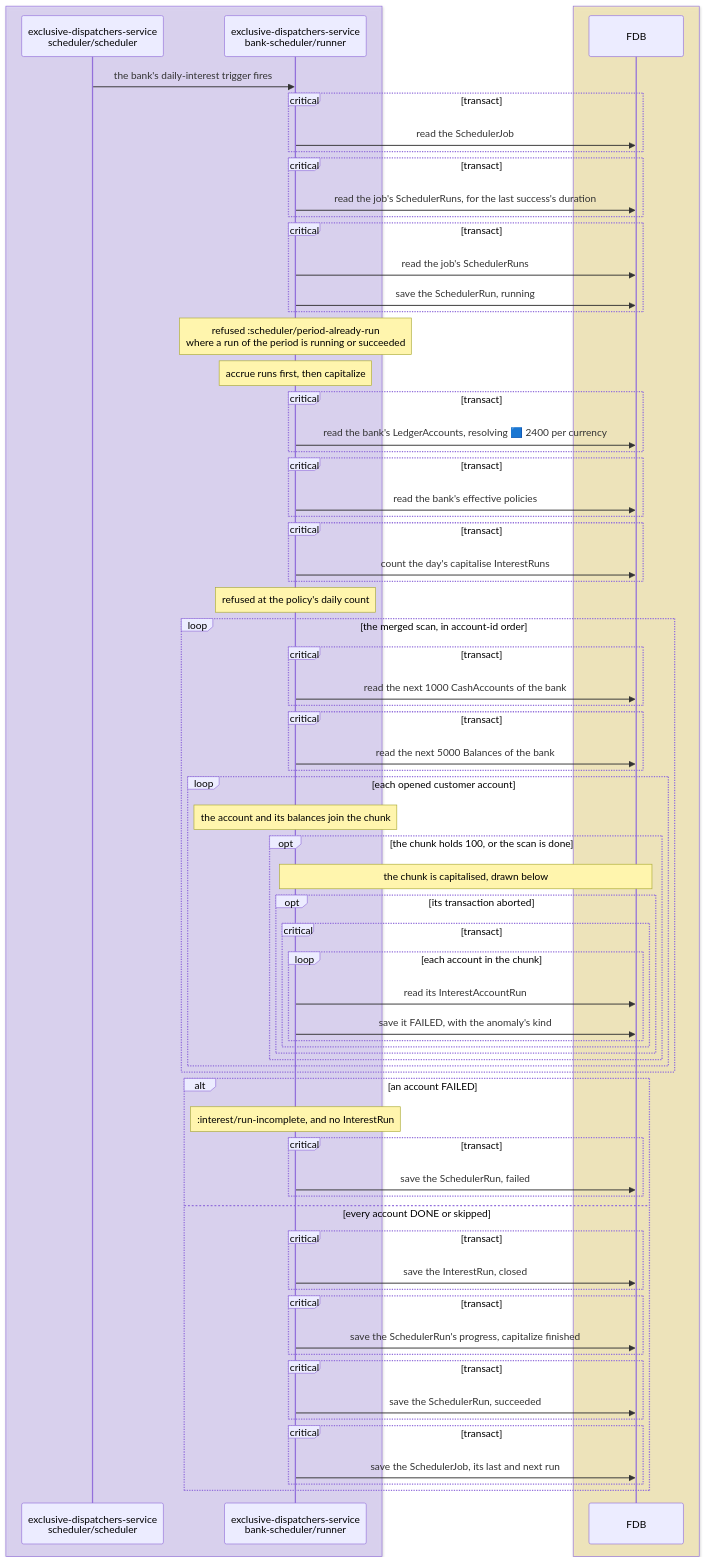
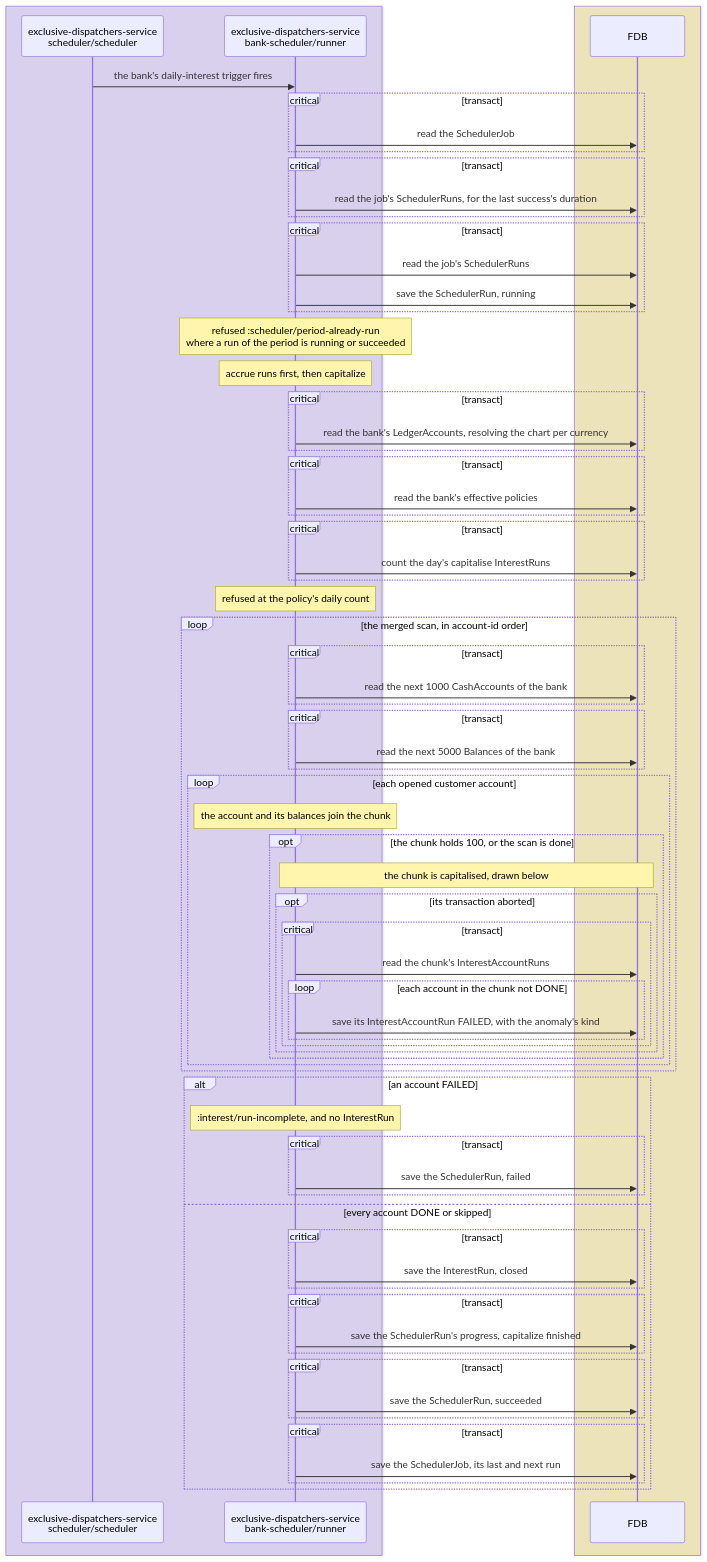
Before and after one commit to repldriven/queenswood: the second of 4 diagrams in docs/tdd/interest.md, drawn with Mermaid. The commit also changed other lines of this file and 46 other files, not shown here.

First line of the commit message:
Post interest as legs, eight chunks at once, so a run reads and rewrites no balance row and the books balance after every chunk (#839)

````diff
--- a/docs/tdd/interest.md
+++ b/docs/tdd/interest.md
@@ -295,74 +251,74 @@
 ```mermaid
 sequenceDiagram
     box rgba(208, 191, 255, 0.45)
     participant Q as exclusive-dispatchers-service<br/>scheduler/scheduler
     participant R as exclusive-dispatchers-service<br/>bank-scheduler/runner
     end
     box rgba(255, 236, 153, 0.5)
     participant DB as FDB
     end
     Q->>R: the bank's daily-interest trigger fires
     critical transact
     R->>DB: read the SchedulerJob
     end
     critical transact
     R->>DB: read the job's SchedulerRuns, for the last success's duration
     end
     critical transact
     R->>DB: read the job's SchedulerRuns
     R->>DB: save the SchedulerRun, running
     end
     Note over R: refused :scheduler/period-already-run<br/>where a run of the period is running or succeeded
     Note over R: accrue runs first, then capitalize
     critical transact
-    R->>DB: read the bank's LedgerAccounts, resolving 🟦 2400 per currency
+    R->>DB: read the bank's LedgerAccounts, resolving the chart per currency
     end
     critical transact
     R->>DB: read the bank's effective policies
     end
     critical transact
     R->>DB: count the day's capitalise InterestRuns
     end
     Note over R: refused at the policy's daily count
     loop the merged scan, in account-id order
     critical transact
     R->>DB: read the next 1000 CashAccounts of the bank
     end
     critical transact
     R->>DB: read the next 5000 Balances of the bank
     end
     loop each opened customer account
     Note over R: the account and its balances join the chunk
     opt the chunk holds 100, or the scan is done
     Note over R,DB: the chunk is capitalised, drawn below
     opt its transaction aborted
     critical transact
-    loop each account in the chunk
-    R->>DB: read its InterestAccountRun
-    R->>DB: save it FAILED, with the anomaly's kind
+    R->>DB: read the chunk's InterestAccountRuns
+    loop each account in the chunk not DONE
+    R->>DB: save its InterestAccountRun FAILED, with the anomaly's kind
     end
     end
     end
     end
     end
     end
     alt an account FAILED
     Note over R: :interest/run-incomplete, and no InterestRun
     critical transact
     R->>DB: save the SchedulerRun, failed
     end
     else every account DONE or skipped
     critical transact
     R->>DB: save the InterestRun, closed
     end
     critical transact
     R->>DB: save the SchedulerRun's progress, capitalize finished
     end
     critical transact
     R->>DB: save the SchedulerRun, succeeded
     end
     critical transact
     R->>DB: save the SchedulerJob, its last and next run
     end
     end
 ```
````
